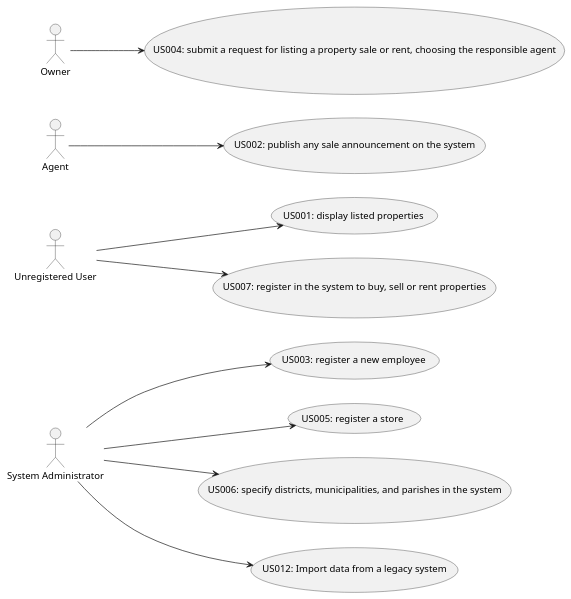
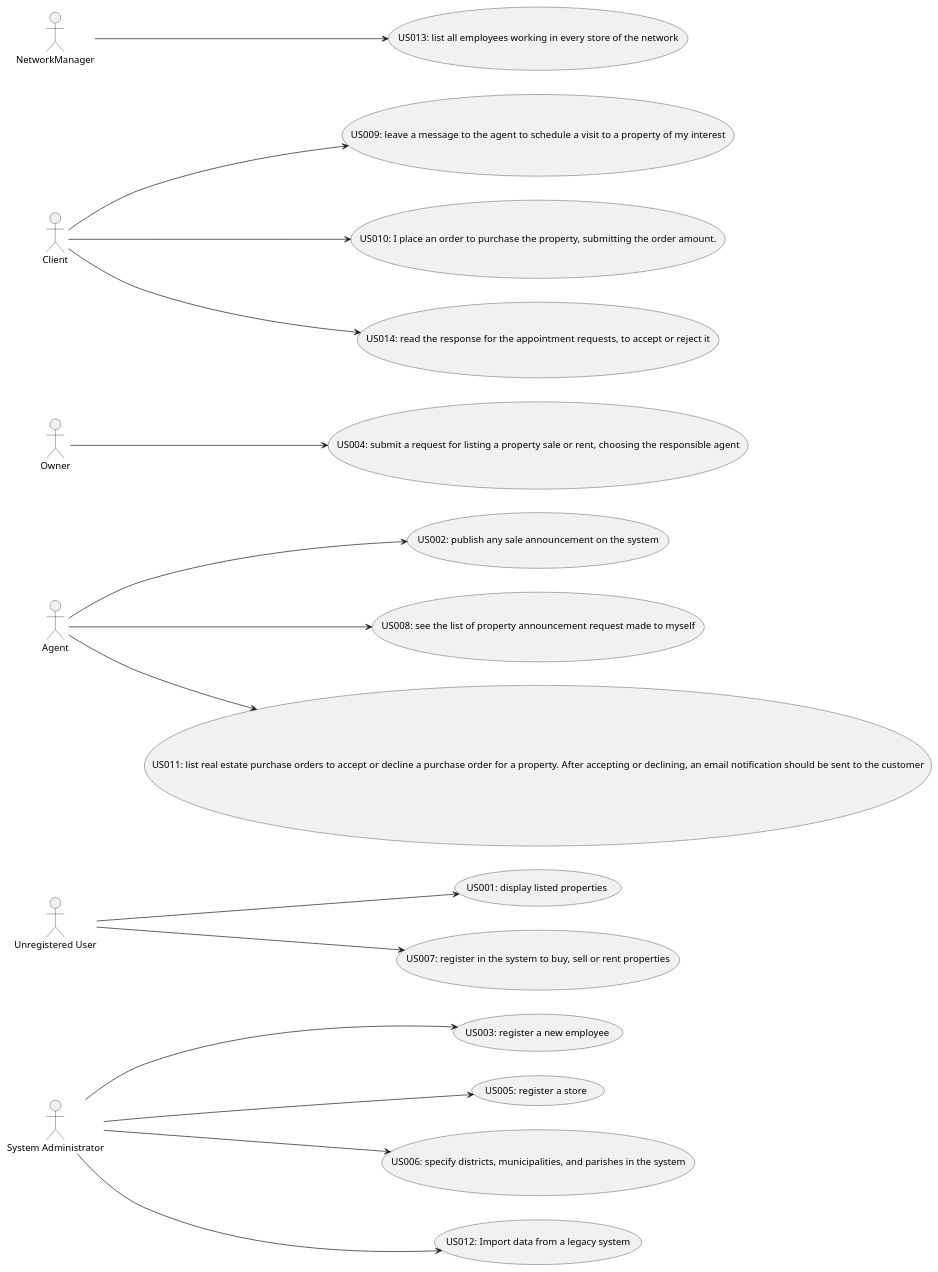
Before and after one commit to tiagohcorreia/LAPR2: the diagram in docs/sprintC/global-artifacts/01.requirements-engineering/puml/UCD.puml, drawn with PlantUML.

Commit message:
Use Case diagram updated with sprint C US

```diff
--- a/docs/sprintC/global-artifacts/01.requirements-engineering/puml/UCD.puml
+++ b/docs/sprintC/global-artifacts/01.requirements-engineering/puml/UCD.puml
@@ -1,26 +1,40 @@
 @startuml
 
 :System Administrator: as Admin
 :Unregistered User: as UnregUser
 :Agent: as Agent
 :Owner: as Owner
 
+
 Left to right direction
+
 
 UnregUser --> (US001: display listed properties)
 
 Agent --> (US002: publish any sale announcement on the system)
 
 Admin --> (US003: register a new employee)
 
 Owner --> (US004: submit a request for listing a property sale or rent, choosing the responsible agent)
 
 Admin --> (US005: register a store)
 
 Admin --> (US006: specify districts, municipalities, and parishes in the system)
 
 UnregUser --> (US007: register in the system to buy, sell or rent properties)
 
+Agent --> (US008: see the list of property announcement request made to myself)
+
+Client --> (US009: leave a message to the agent to schedule a visit to a  property of my interest)
+
+Client --> (US010: I place an order to purchase the property, submitting the order amount.)
+
+Agent --> (US011: list real estate purchase orders to accept or decline a purchase order for a property. After accepting or declining, an email notification should be sent to the customer)
+
 Admin --> (US012: Import data from a legacy system)
 
+NetworkManager --> (US013: list all employees working in every store of the network)
+
+Client --> (US014: read the response for the appointment requests, to accept or reject it)
+
 @enduml
```
